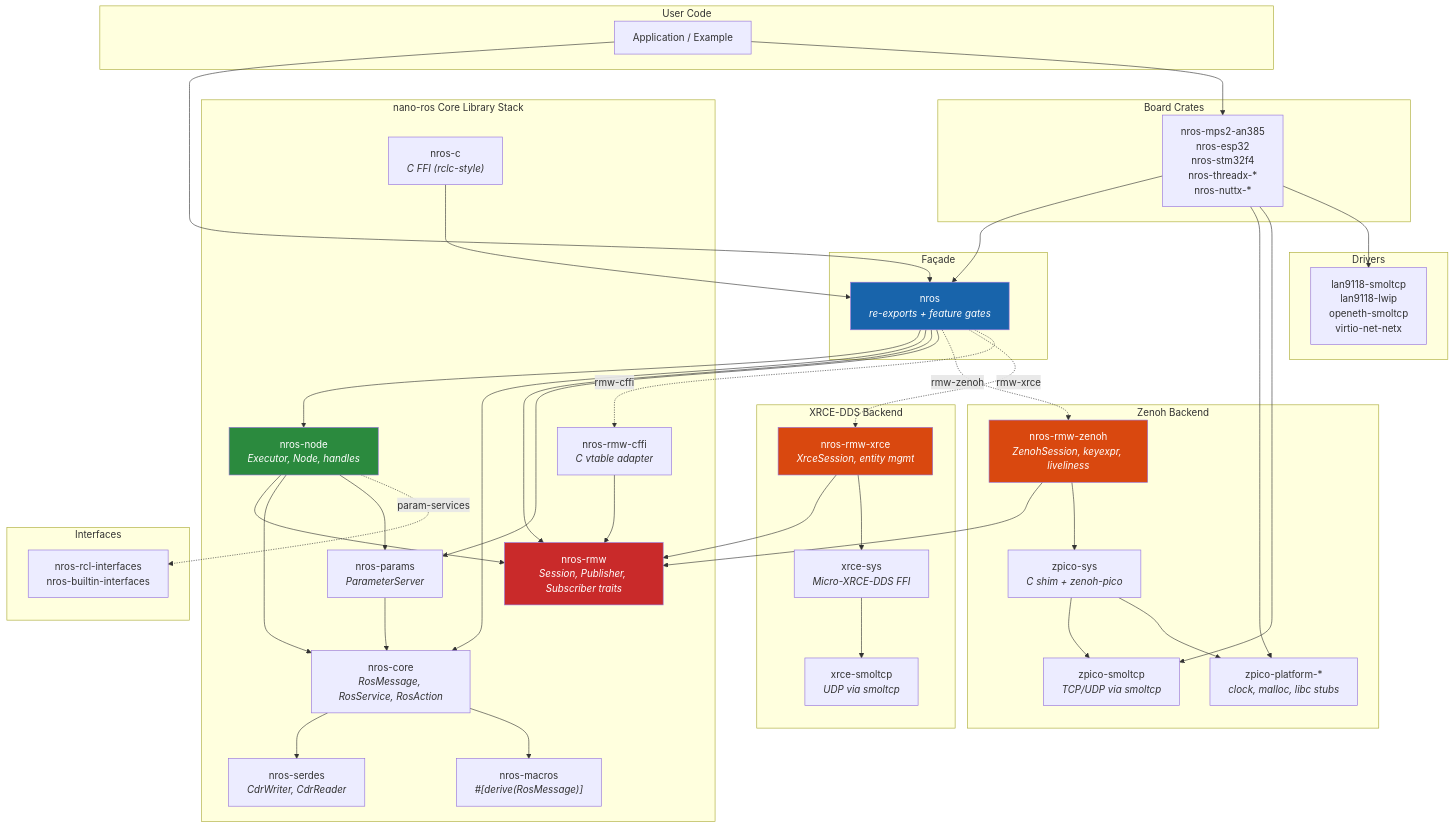
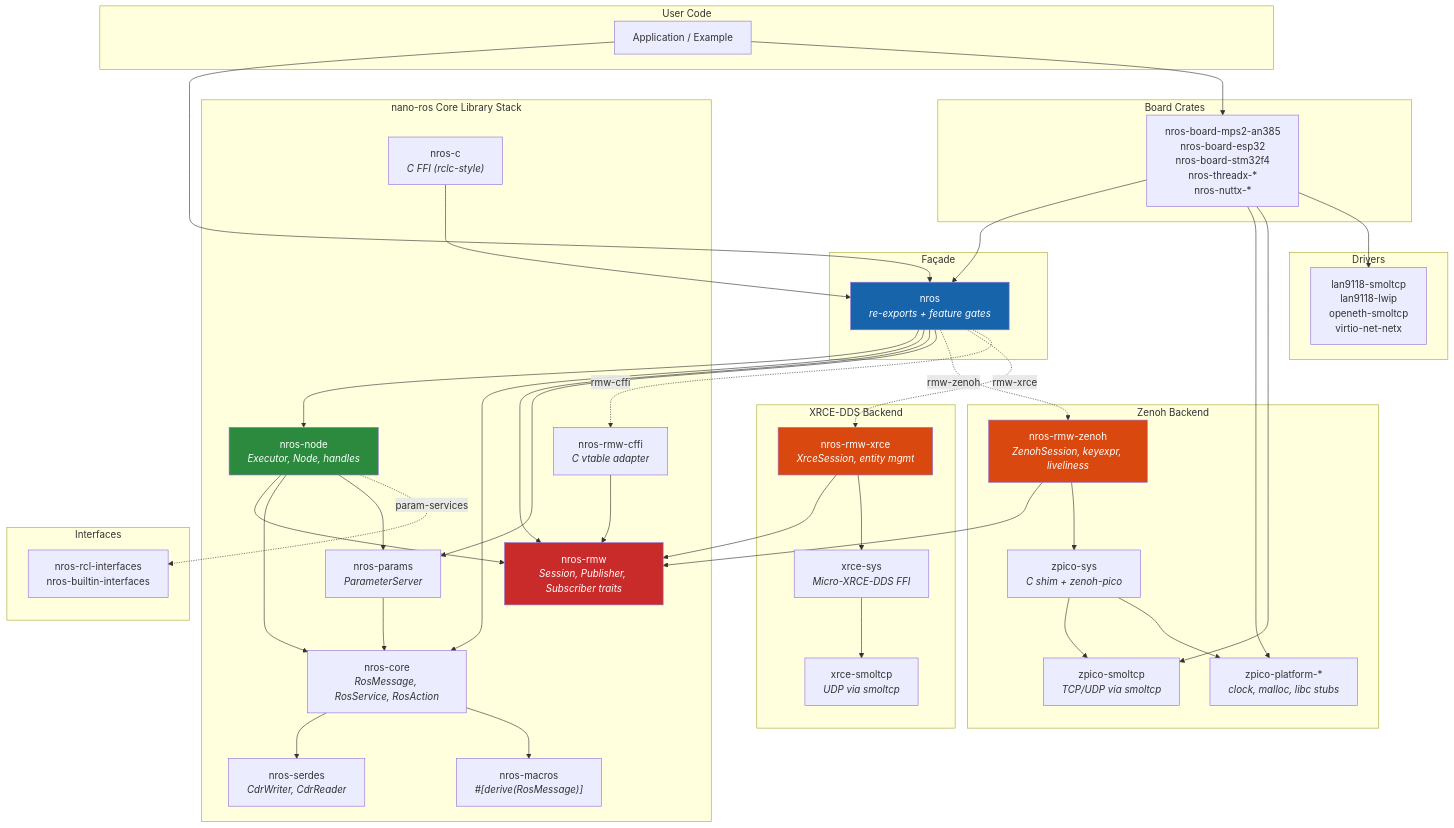
Before and after one commit to NEWSLabNTU/nano-ros: the second of 15 diagrams in docs/design/architecture-overview.md, drawn with Mermaid. The commit also changed other lines of this file and 429 other files, not shown here.

First line of the commit message:
84.F6.2-F6.6: rename board crates `nros-* → nros-board-*`

```diff
--- a/docs/design/architecture-overview.md
+++ b/docs/design/architecture-overview.md
@@ -96,7 +96,7 @@
     end
 
     subgraph "Board Crates"
-        BOARD["nros-mps2-an385<br/>nros-esp32<br/>nros-stm32f4<br/>nros-threadx-*<br/>nros-nuttx-*"]
+        BOARD["nros-board-mps2-an385<br/>nros-board-esp32<br/>nros-board-stm32f4<br/>nros-threadx-*<br/>nros-nuttx-*"]
     end
 
     subgraph "Drivers"
```
